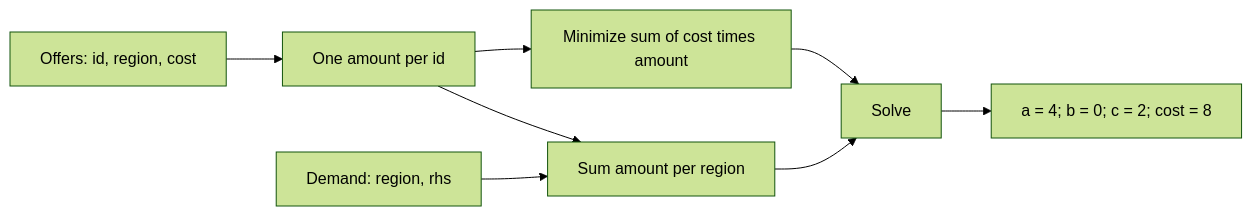
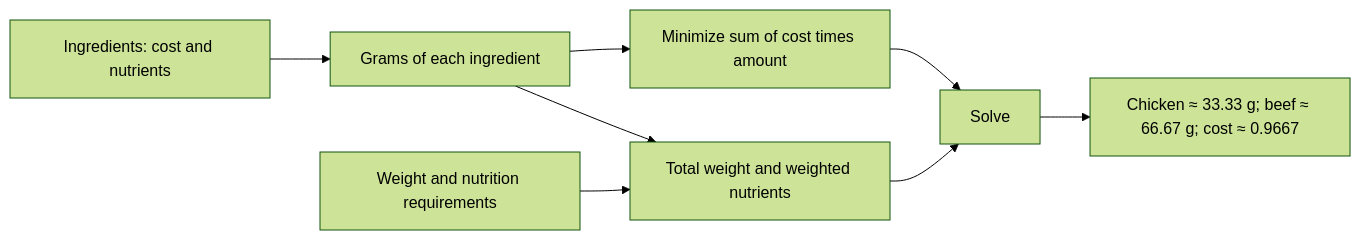
One commit to vbmacher/spark-lp changed the diagram in docs/usage.adoc. Above: the diagram before and after it, drawn with Mermaid (forest theme). The commit also changed other lines of this file and 55 other files, not shown here.

```diff
--- a/docs/usage.adoc
+++ b/docs/usage.adoc
@@ -40,11 +42,11 @@
 [mermaid]
 ----
 flowchart LR
-  O["Offers: id, region, cost"] --> V["One amount per id"]
+  O["Ingredients: cost and nutrients"] --> V["Grams of each ingredient"]
   V --> C["Minimize sum of cost times amount"]
-  V --> G["Sum amount per region"]
-  D["Demand: region, rhs"] --> G
+  V --> G["Total weight and weighted nutrients"]
+  D["Weight and nutrition requirements"] --> G
   C --> S[Solve]
   G --> S
-  S --> R["a = 4; b = 0; c = 2; cost = 8"]
+  S --> R["Chicken ≈ 33.33 g; beef ≈ 66.67 g; cost ≈ 0.9667"]
 ----
```
